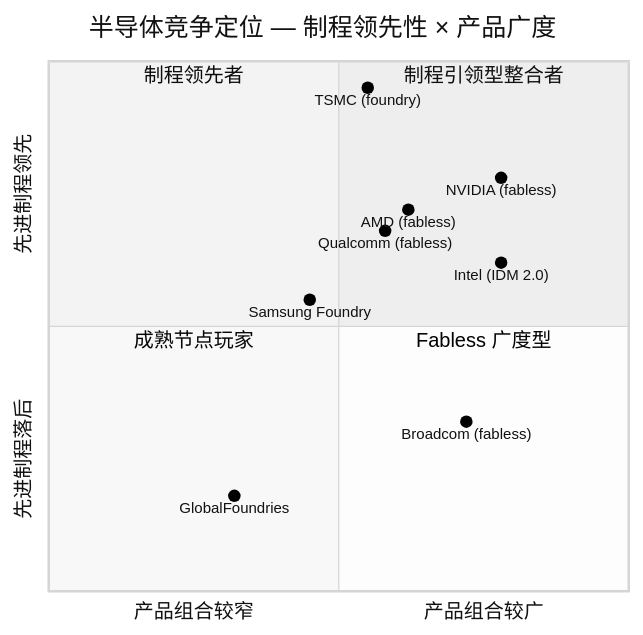
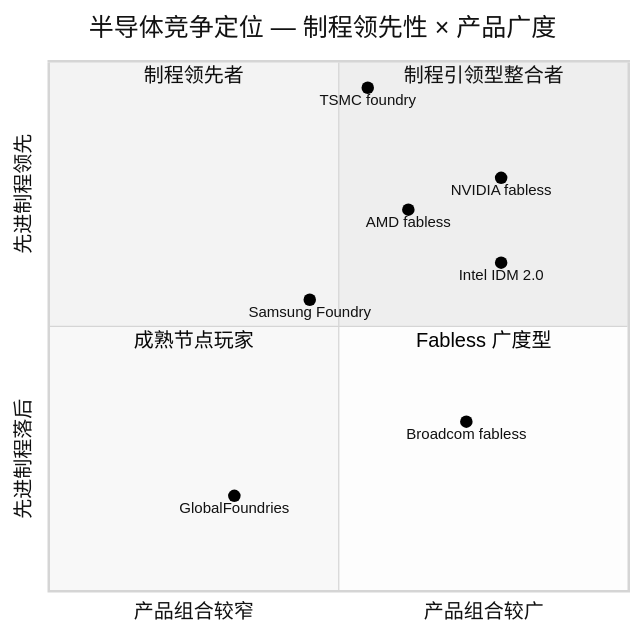
The fourth of 4 diagrams in reports/company/Intel_NASDAQ_INTC/Intel_NASDAQ_INTC_公司研究.md (dadachundan/financial_agent), drawn with Mermaid (neutral theme) before and after one commit. The commit also changed other lines of this file, not shown here.

First line of the commit message:
feat(company-research): refresh Intel (INTC) — decision layer + full chart suite

````diff
--- a/reports/company/Intel_NASDAQ_INTC/Intel_NASDAQ_INTC_公司研究.md
+++ b/reports/company/Intel_NASDAQ_INTC/Intel_NASDAQ_INTC_公司研究.md
@@ -323,18 +822,17 @@
 ```mermaid
 quadrantChart
     title 半导体竞争定位 — 制程领先性 × 产品广度
     x-axis "产品组合较窄" --> "产品组合较广"
     y-axis "先进制程落后" --> "先进制程领先"
     quadrant-1 "制程引领型整合者"
     quadrant-2 "制程领先者"
     quadrant-3 "成熟节点玩家"
     quadrant-4 "Fabless 广度型"
-    "Intel (IDM 2.0)": [0.78, 0.62]
-    "TSMC (foundry)": [0.55, 0.95]
-    "AMD (fabless)": [0.62, 0.72]
-    "NVIDIA (fabless)": [0.78, 0.78]
+    "Intel IDM 2.0": [0.78, 0.62]
+    "TSMC foundry": [0.55, 0.95]
+    "AMD fabless": [0.62, 0.72]
+    "NVIDIA fabless": [0.78, 0.78]
     "Samsung Foundry": [0.45, 0.55]
-    "Broadcom (fabless)": [0.72, 0.32]
-    "Qualcomm (fabless)": [0.58, 0.68]
+    "Broadcom fabless": [0.72, 0.32]
     "GlobalFoundries": [0.32, 0.18]
 ```
````
